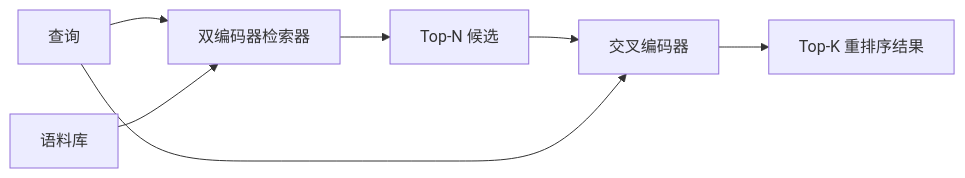
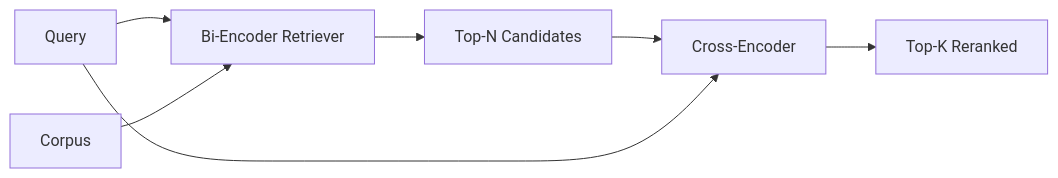
The diagram in i18n/zh/phases/19-capstone-projects/66-reranker-cross-encoder/docs/zh.md (xiaojiaenen/ai-engineering-from-scratch-zh), drawn with Mermaid before and after one commit. The commit also changed other lines of this file and 85 other files, not shown here.

````diff
--- a/i18n/zh/phases/19-capstone-projects/66-reranker-cross-encoder/docs/zh.md
+++ b/i18n/zh/phases/19-capstone-projects/66-reranker-cross-encoder/docs/zh.md
@@ -30,9 +30,9 @@
 ```mermaid
 flowchart LR
-  Query[查询] --> Bi[双编码器检索器]
-  Corpus[语料库] --> Bi
-  Bi --> TopN[Top-N 候选]
-  TopN --> Cross[交叉编码器]
+  Query[Query] --> Bi[Bi-Encoder Retriever]
+  Corpus[Corpus] --> Bi
+  Bi --> TopN[Top-N Candidates]
+  TopN --> Cross[Cross-Encoder]
   Query --> Cross
-  Cross --> TopK[Top-K 重排序结果]
+  Cross --> TopK[Top-K Reranked]
 ```
````
